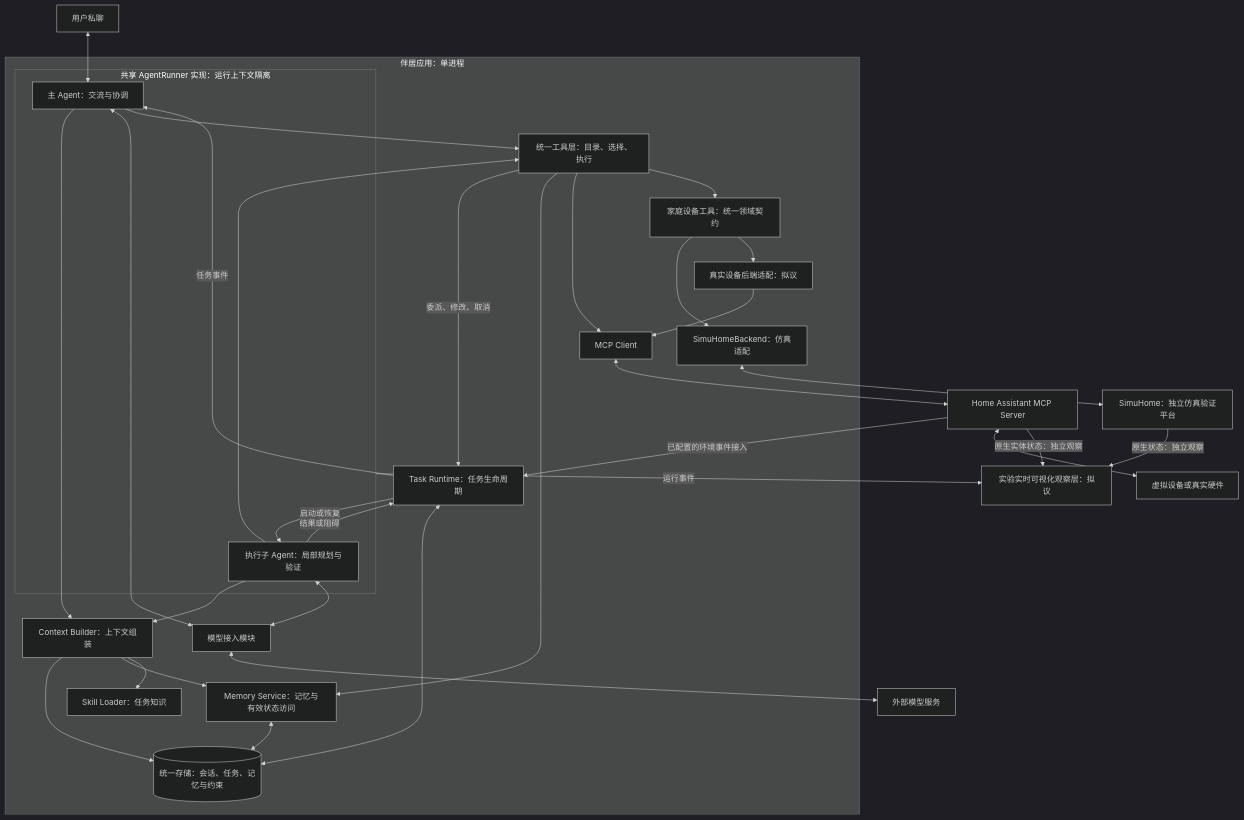
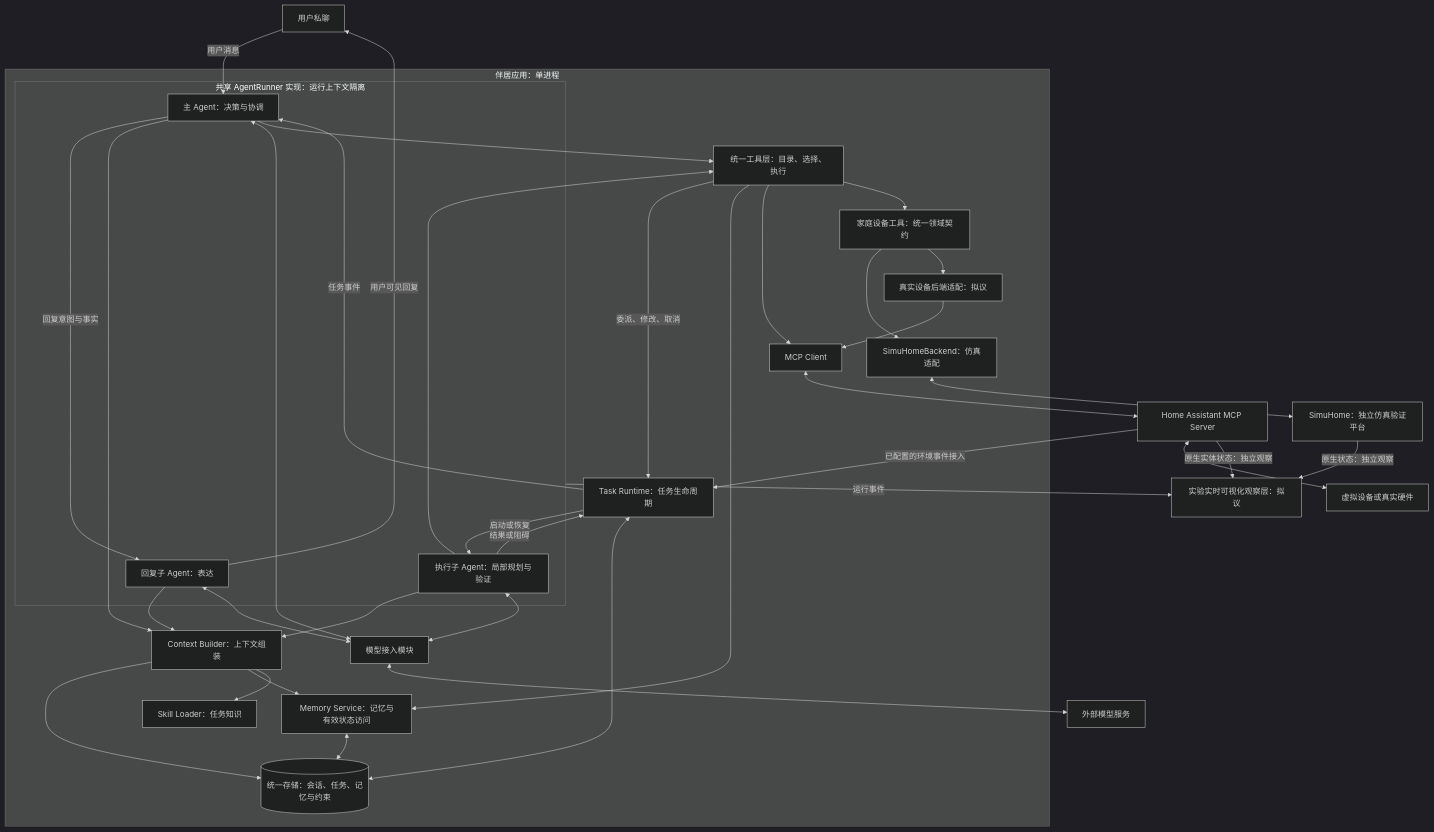
One commit to hongyue0721/home_agent changed the diagram in docs/overview.md. Above: the diagram before and after it, drawn with Mermaid (dark theme). The commit also changed other lines of this file and 5 other files, not shown here.

First line of the commit message:
docs(architecture): 主 Agent 改为只做决策并新增回复子 Agent

````diff
--- a/docs/overview.md
+++ b/docs/overview.md
@@ -27,55 +27,60 @@
 ```mermaid
 flowchart TD
-    USER[用户私聊] <--> MAIN
+    USER[用户私聊] -->|用户消息| MAIN
+    REPLY -->|用户可见回复| USER
 
     subgraph APP[伴居应用：单进程]
         subgraph RUNNER[共享 AgentRunner 实现：运行上下文隔离]
-            MAIN[主 Agent：交流与协调]
+            MAIN[主 Agent：决策与协调]
+            REPLY[回复子 Agent：表达]
             WORKER[执行子 Agent：局部规划与验证]
         end
 
         TASK[Task Runtime：任务生命周期]
         CONTEXT[Context Builder：上下文组装]
         MODEL[模型接入模块]
         TOOLS[统一工具层：目录、选择、执行]
         MEMORY[Memory Service：记忆与有效状态访问]
         SKILL[Skill Loader：任务知识]
         STORE[(统一存储：会话、任务、记忆与约束)]
         MCP[MCP Client]
         FAMILY[家庭设备工具：统一领域契约]
         SIM_BACKEND[SimuHomeBackend：仿真适配]
         HA_BACKEND[真实设备后端适配：拟议]
 
+        MAIN -->|回复意图与事实| REPLY
         MAIN --> CONTEXT
+        REPLY --> CONTEXT
         WORKER --> CONTEXT
         MAIN <--> MODEL
+        REPLY <--> MODEL
         WORKER <--> MODEL
         MAIN --> TOOLS
         WORKER --> TOOLS
         TOOLS -->|委派、修改、取消| TASK
         TASK -->|启动或恢复| WORKER
         WORKER -->|结果或阻碍| TASK
         TASK -->|任务事件| MAIN
         TASK <--> STORE
         CONTEXT --> STORE
         CONTEXT --> MEMORY
         CONTEXT --> SKILL
         TOOLS --> MEMORY
         MEMORY <--> STORE
         TOOLS --> MCP
         TOOLS --> FAMILY
         FAMILY --> SIM_BACKEND
         FAMILY --> HA_BACKEND
         HA_BACKEND --> MCP
     end
 
     MODEL <--> LLM[外部模型服务]
     MCP <--> HA[Home Assistant MCP Server]
     HA <--> DEVICE[虚拟设备或真实硬件]
     HA -->|已配置的环境事件接入| TASK
     SIM_BACKEND <--> SIM[SimuHome：独立仿真验证平台]
     OBSERVER[实验实时可视化观察层：拟议]
     RUNNER -->|运行事件| OBSERVER
     SIM -->|原生状态：独立观察| OBSERVER
     HA -->|原生实体状态：独立观察| OBSERVER
 ```
````
